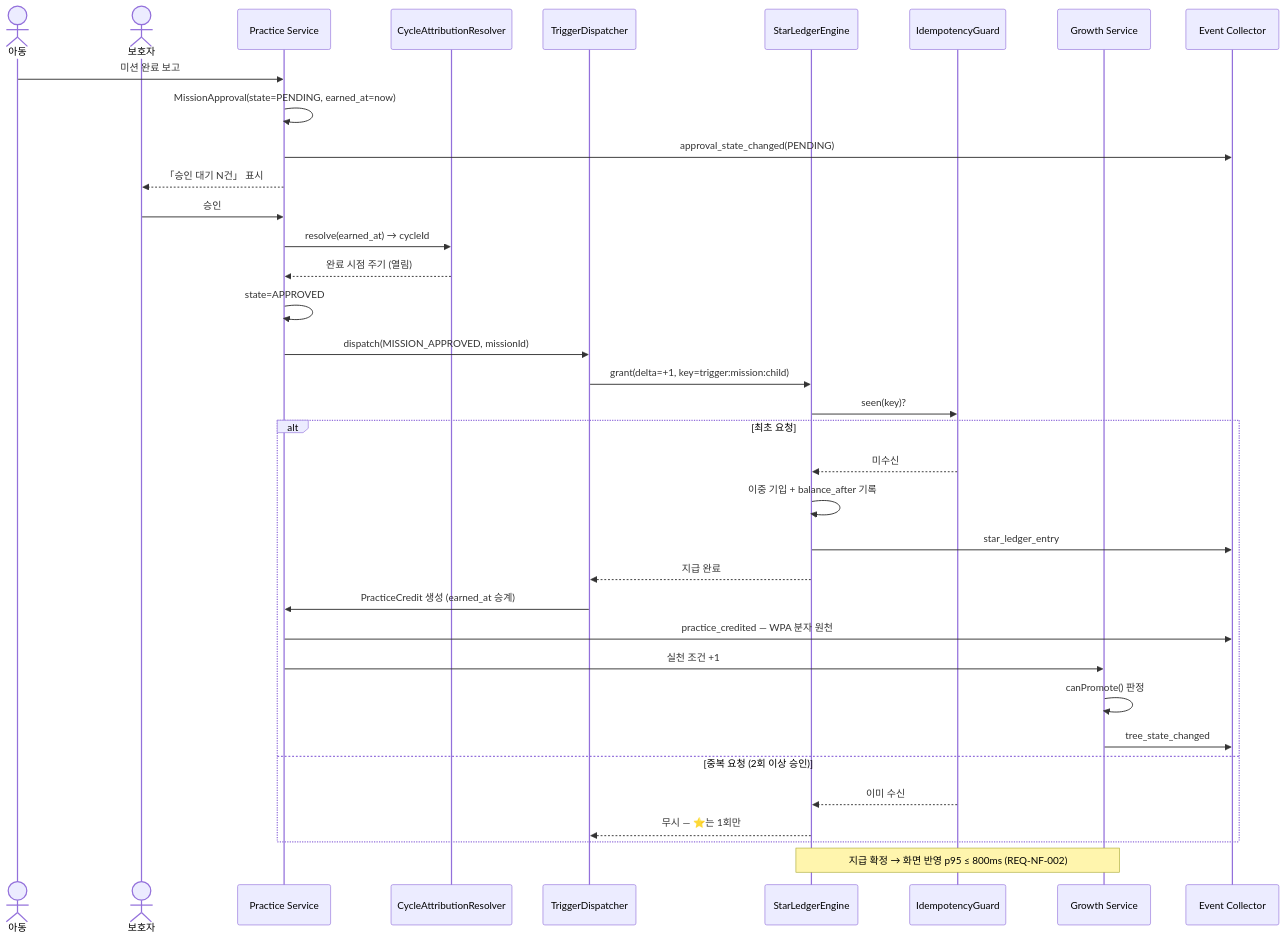
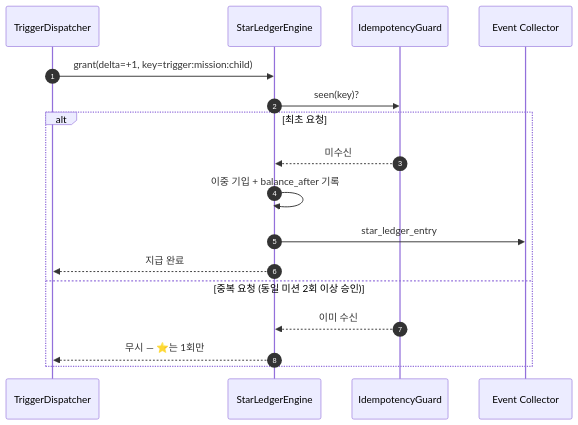
Diagram 20 of 51 in DESIGN_finfriends-v1_0.md (new-rim/finfriends-prd-to-srs), drawn with Mermaid before and after one commit. The commit also changed other lines of this file and 1 other file, not shown here.

````diff
--- a/DESIGN_finfriends-v1_0.md
+++ b/DESIGN_finfriends-v1_0.md
@@ -1168,42 +1306,21 @@
 ```mermaid
 sequenceDiagram
-    actor C as 아동
-    actor G as 보호자
-    participant PS as Practice Service
-    participant CAR as CycleAttributionResolver
+    autonumber
     participant TD as TriggerDispatcher
     participant SL as StarLedgerEngine
     participant IG as IdempotencyGuard
-    participant GS as Growth Service
     participant EC as Event Collector
 
-    C->>PS: 미션 완료 보고
-    PS->>PS: MissionApproval(state=PENDING, earned_at=now)
-    PS->>EC: approval_state_changed(PENDING)
-    PS-->>G: 「승인 대기 N건」 표시
-
-    G->>PS: 승인
-    PS->>CAR: resolve(earned_at) → cycleId
-    CAR-->>PS: 완료 시점 주기 (열림)
-    PS->>PS: state=APPROVED
-    PS->>TD: dispatch(MISSION_APPROVED, missionId)
     TD->>SL: grant(delta=+1, key=trigger:mission:child)
     SL->>IG: seen(key)?
 
     alt 최초 요청
         IG-->>SL: 미수신
         SL->>SL: 이중 기입 + balance_after 기록
         SL->>EC: star_ledger_entry
         SL-->>TD: 지급 완료
-        TD->>PS: PracticeCredit 생성 (earned_at 승계)
-        PS->>EC: practice_credited — WPA 분자 원천
-        PS->>GS: 실천 조건 +1
-        GS->>GS: canPromote() 판정
-        GS->>EC: tree_state_changed
-    else 중복 요청 (2회 이상 승인)
+    else 중복 요청 (동일 미션 2회 이상 승인)
         IG-->>SL: 이미 수신
         SL-->>TD: 무시 — ⭐는 1회만
     end
-
-    Note over SL,GS: 지급 확정 → 화면 반영 p95 ≤ 800ms (REQ-NF-002)
 ```
````
